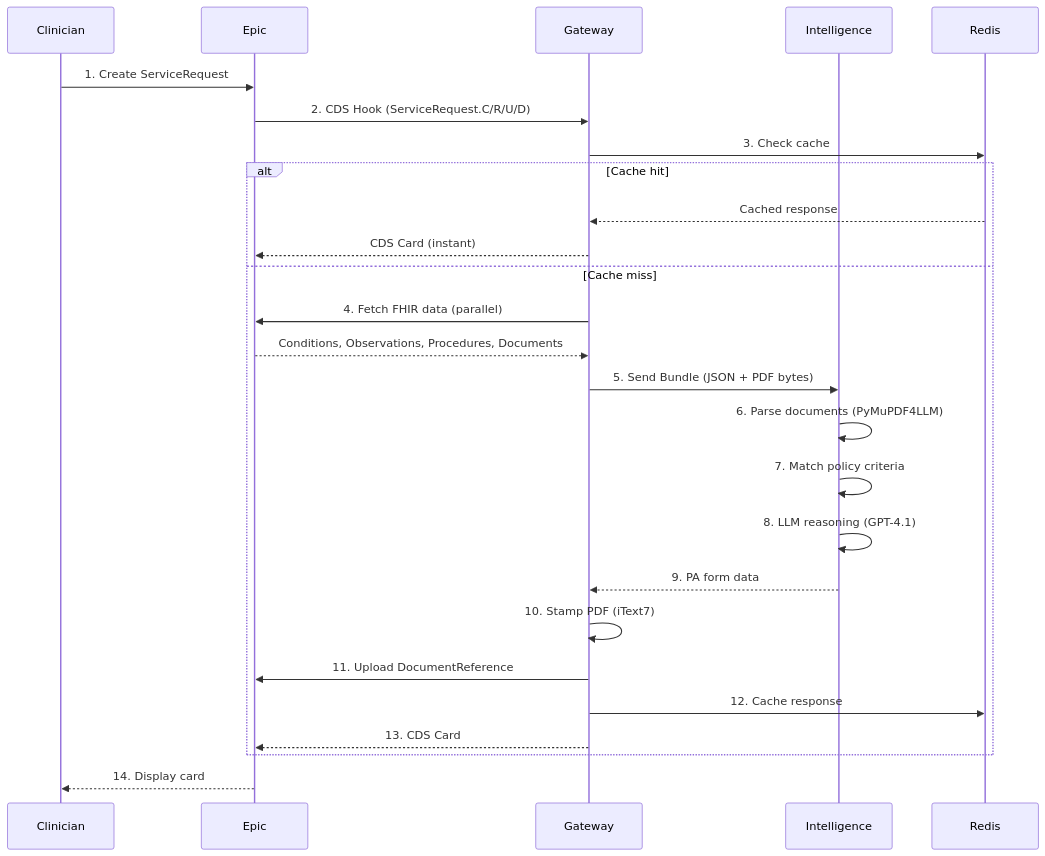
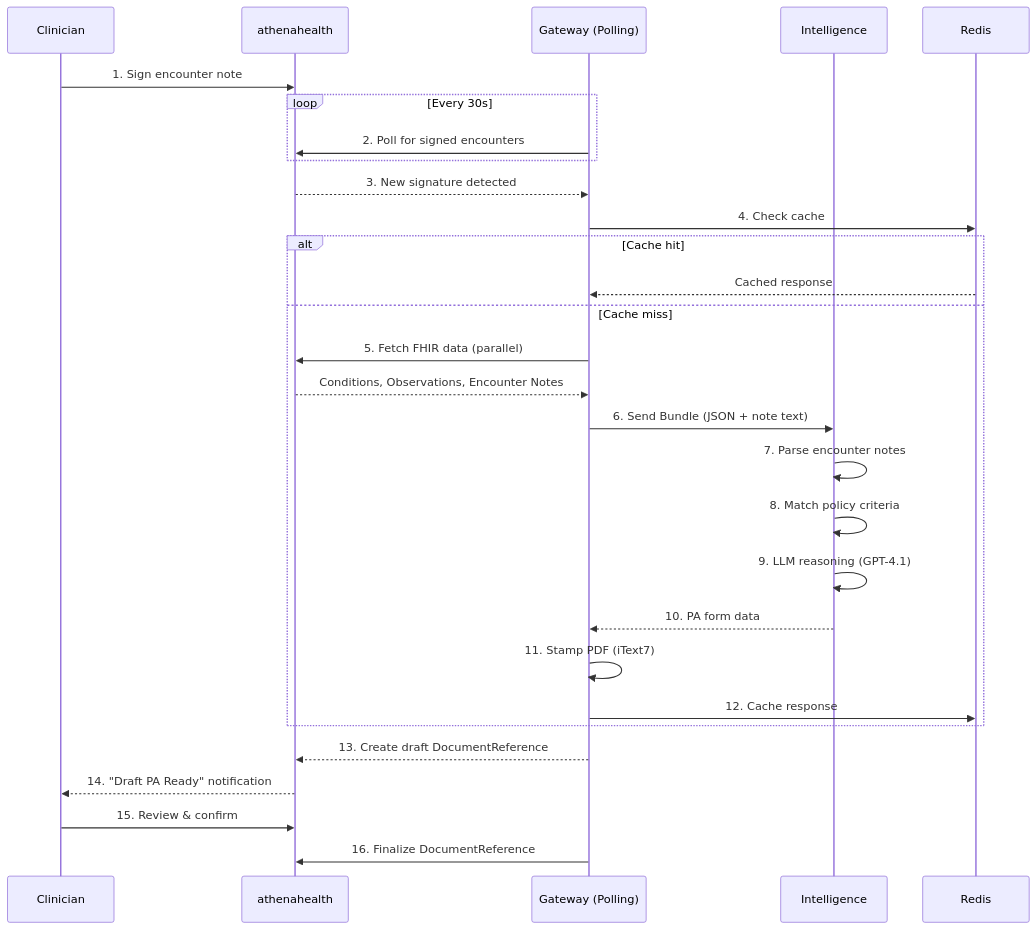
One commit to lvlup-sw/authscript changed the second of 2 diagrams in docs/ARCHITECTURE.md. Above: the diagram before and after it, drawn with Mermaid. The commit also changed other lines of this file and 55 other files, not shown here.

````diff
--- a/docs/ARCHITECTURE.md
+++ b/docs/ARCHITECTURE.md
@@ -44,29 +66,32 @@
 ```mermaid
 sequenceDiagram
     participant C as Clinician
-    participant E as Epic
-    participant G as Gateway
+    participant A as athenahealth
+    participant G as Gateway (Polling)
     participant I as Intelligence
     participant R as Redis
 
-    C->>E: 1. Create ServiceRequest
-    E->>G: 2. CDS Hook (ServiceRequest.C/R/U/D)
-    G->>R: 3. Check cache
+    C->>A: 1. Sign encounter note
+    loop Every 30s
+        G->>A: 2. Poll for signed encounters
+    end
+    A-->>G: 3. New signature detected
+    G->>R: 4. Check cache
     alt Cache hit
         R-->>G: Cached response
-        G-->>E: CDS Card (instant)
     else Cache miss
-        G->>E: 4. Fetch FHIR data (parallel)
-        E-->>G: Conditions, Observations, Procedures, Documents
-        G->>I: 5. Send Bundle (JSON + PDF bytes)
-        I->>I: 6. Parse documents (PyMuPDF4LLM)
-        I->>I: 7. Match policy criteria
-        I->>I: 8. LLM reasoning (GPT-4.1)
-        I-->>G: 9. PA form data
-        G->>G: 10. Stamp PDF (iText7)
-        G->>E: 11. Upload DocumentReference
+        G->>A: 5. Fetch FHIR data (parallel)
+        A-->>G: Conditions, Observations, Encounter Notes
+        G->>I: 6. Send Bundle (JSON + note text)
+        I->>I: 7. Parse encounter notes
+        I->>I: 8. Match policy criteria
+        I->>I: 9. LLM reasoning (GPT-4.1)
+        I-->>G: 10. PA form data
+        G->>G: 11. Stamp PDF (iText7)
         G->>R: 12. Cache response
-        G-->>E: 13. CDS Card
     end
-    E-->>C: 14. Display card
+    G-->>A: 13. Create draft DocumentReference
+    A-->>C: 14. "Draft PA Ready" notification
+    C->>A: 15. Review & confirm
+    G->>A: 16. Finalize DocumentReference
 ```
````
